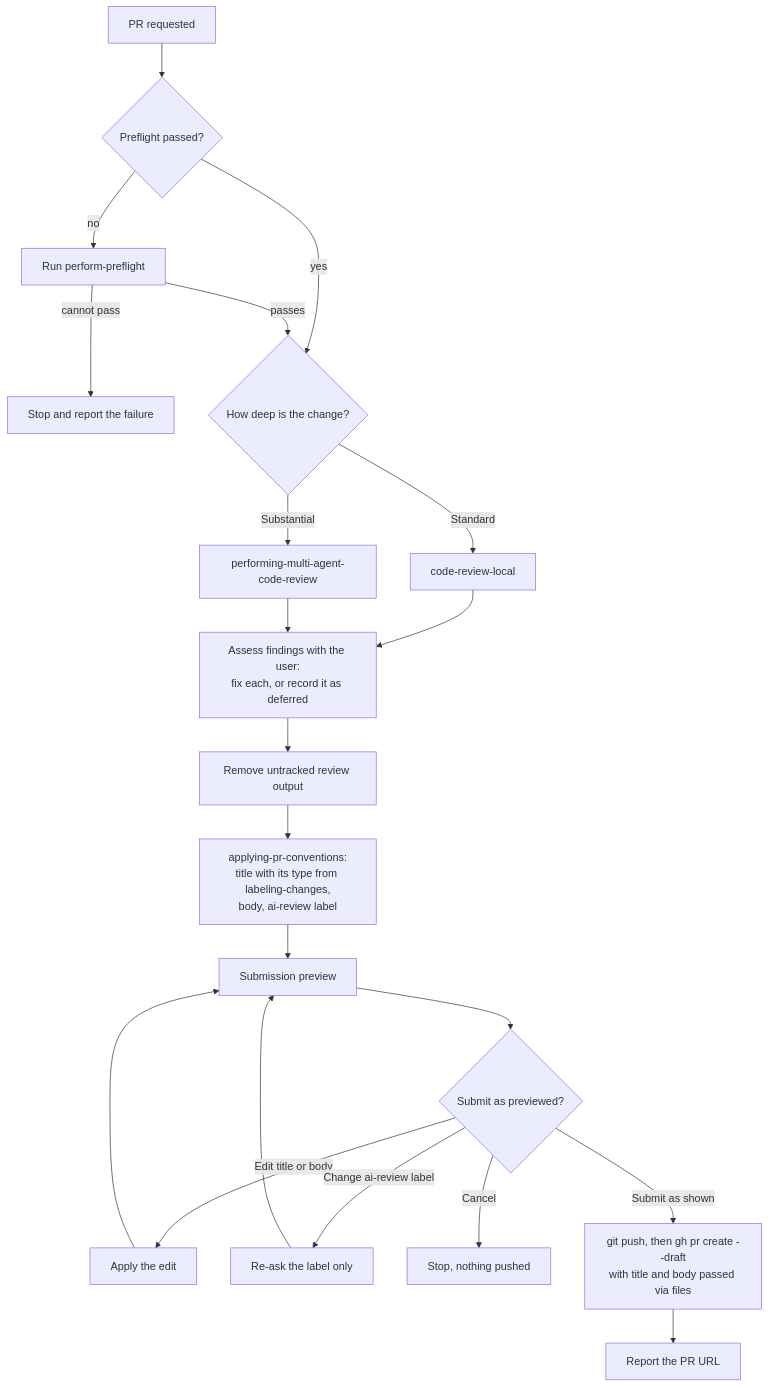
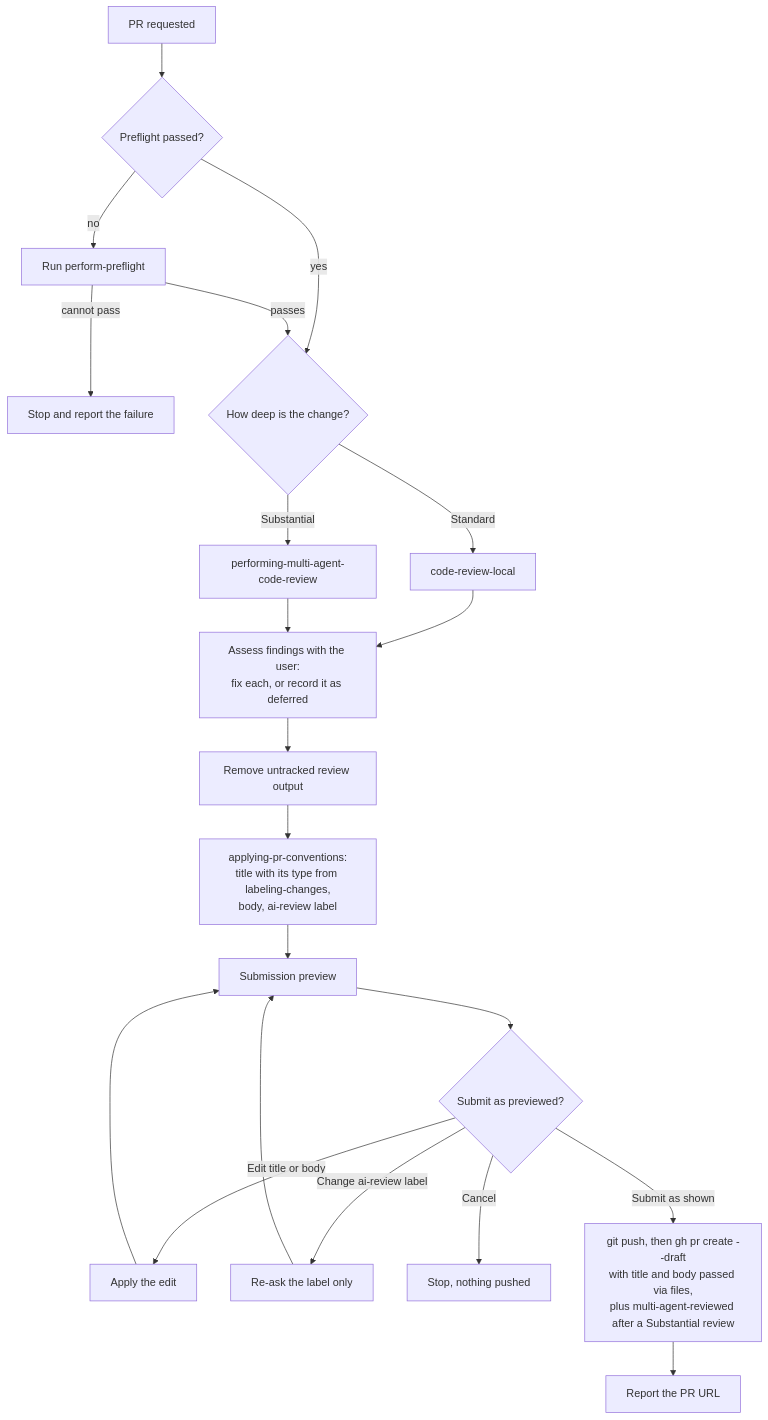
Before and after one commit to bitwarden/ai-plugins: the second of 3 diagrams in plugins/bitwarden-delivery-tools/docs/commit-and-pr-flows.md, drawn with Mermaid. The commit also changed other lines of this file and 6 other files, not shown here.

First line of the commit message:
llm(bitwarden-delivery-tools): label PRs that went through the multi-agent review

````diff
--- a/plugins/bitwarden-delivery-tools/docs/commit-and-pr-flows.md
+++ b/plugins/bitwarden-delivery-tools/docs/commit-and-pr-flows.md
@@ -41,41 +43,41 @@
 ```mermaid
 graph TD
     start[PR requested]
     preflightDone{Preflight passed?}
     runPreflight[Run perform-preflight]
     preflightFailed[Stop and report the failure]
     depth{How deep is the change?}
     standard[code-review-local]
     substantial[performing-multi-agent-code-review]
     assess[Assess findings with the user:<br/>fix each, or record it as deferred]
     clean[Remove untracked review output]
     conventions[applying-pr-conventions:<br/>title with its type from labeling-changes,<br/>body, ai-review label]
     preview[Submission preview]
     confirm{Submit as previewed?}
     edit[Apply the edit]
     relabel[Re-ask the label only]
     cancel[Stop, nothing pushed]
-    push[git push, then gh pr create --draft<br/>with title and body passed via files]
+    push[git push, then gh pr create --draft<br/>with title and body passed via files,<br/>plus multi-agent-reviewed after a Substantial review]
     url[Report the PR URL]
 
     start --> preflightDone
     preflightDone -->|yes| depth
     preflightDone -->|no| runPreflight
     runPreflight -->|passes| depth
     runPreflight -->|cannot pass| preflightFailed
     depth -->|Standard| standard
     depth -->|Substantial| substantial
     standard --> assess
     substantial --> assess
     assess --> clean
     clean --> conventions
     conventions --> preview
     preview --> confirm
     confirm -->|Submit as shown| push
     confirm -->|Edit title or body| edit
     confirm -->|Change ai-review label| relabel
     confirm -->|Cancel| cancel
     edit --> preview
     relabel --> preview
     push --> url
 ```
````
